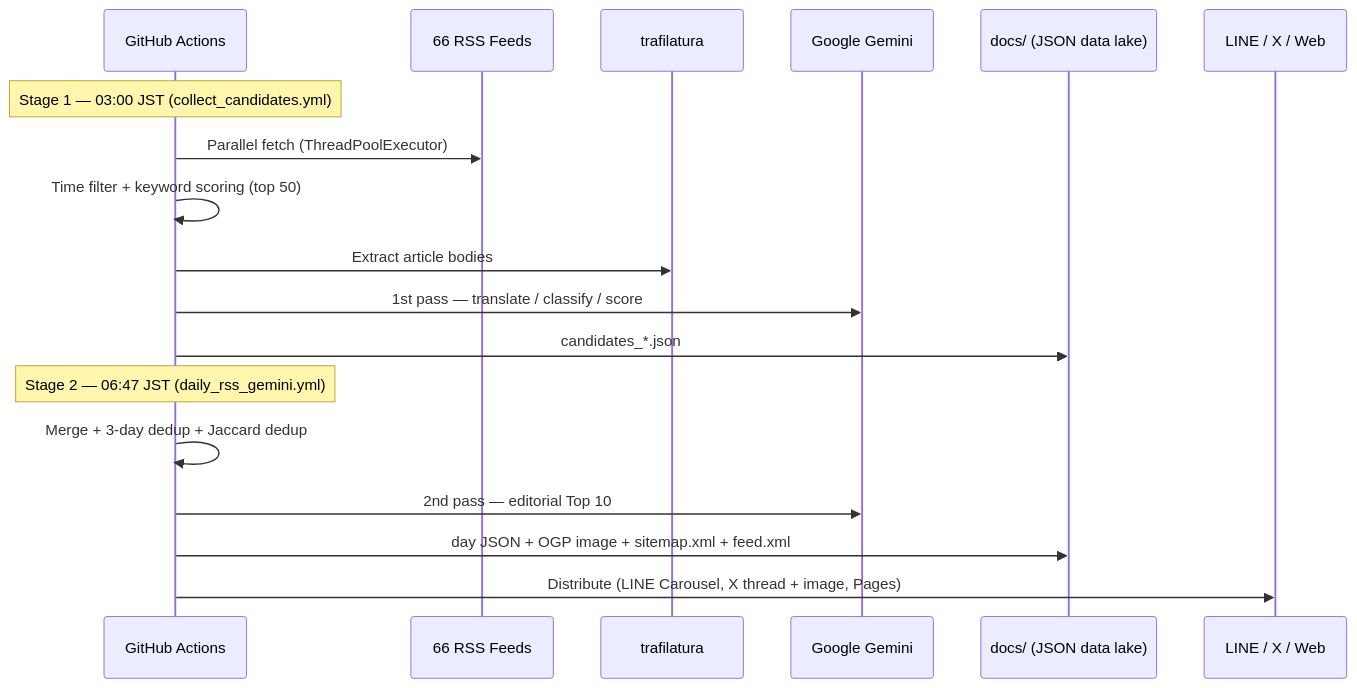
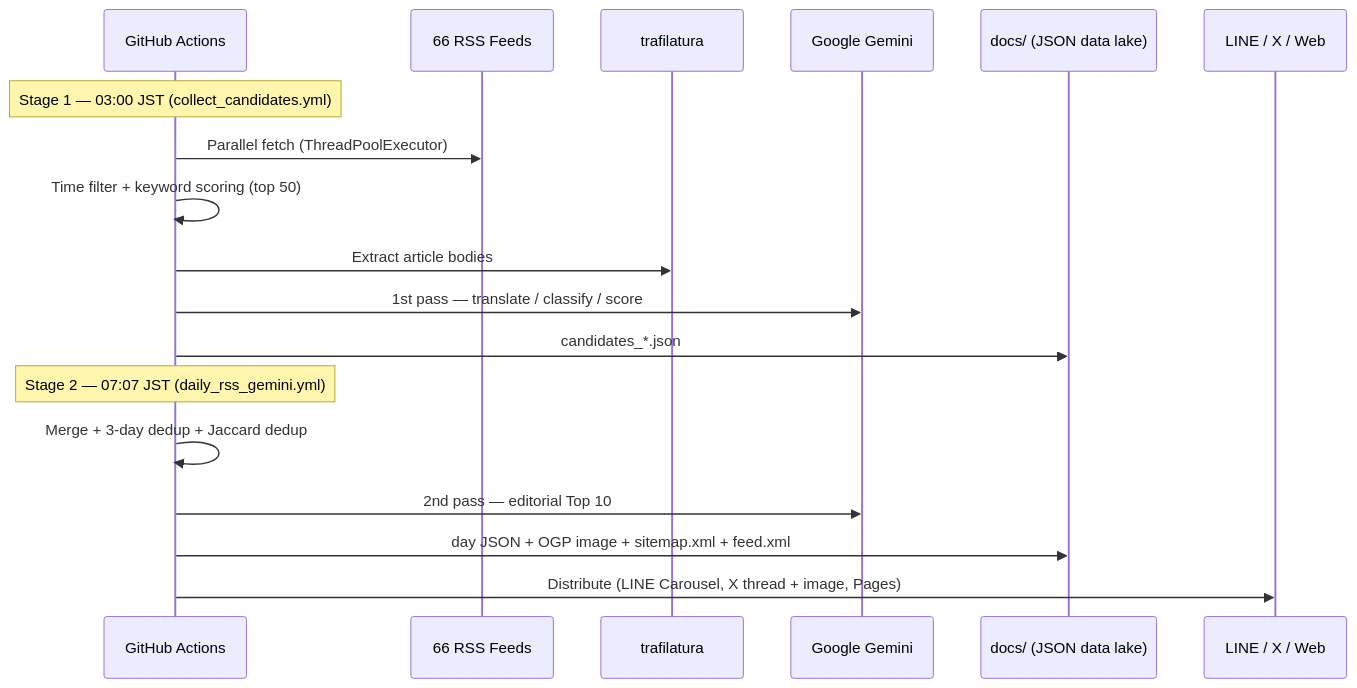
One commit to TadFuji/ai-news-bot changed the diagram in docs/ARCHITECTURE.md. Above: the diagram before and after it, drawn with Mermaid. The commit also changed 6 other files, not shown here.

Commit message:
ci: move the daily morning brief from 06:47 to 07:07 JST

````diff
--- a/docs/ARCHITECTURE.md
+++ b/docs/ARCHITECTURE.md
@@ -47,22 +47,22 @@
 ```mermaid
 sequenceDiagram
     participant GH as GitHub Actions
     participant RSS as 66 RSS Feeds
     participant TR as trafilatura
     participant GM as Google Gemini
     participant DB as docs/ (JSON data lake)
     participant SNS as LINE / X / Web
 
     Note over GH: Stage 1 — 03:00 JST (collect_candidates.yml)
     GH->>RSS: Parallel fetch (ThreadPoolExecutor)
     GH->>GH: Time filter + keyword scoring (top 50)
     GH->>TR: Extract article bodies
     GH->>GM: 1st pass — translate / classify / score
     GH->>DB: candidates_*.json
 
-    Note over GH: Stage 2 — 06:47 JST (daily_rss_gemini.yml)
+    Note over GH: Stage 2 — 07:07 JST (daily_rss_gemini.yml)
     GH->>GH: Merge + 3-day dedup + Jaccard dedup
     GH->>GM: 2nd pass — editorial Top 10
     GH->>DB: day JSON + OGP image + sitemap.xml + feed.xml
     GH->>SNS: Distribute (LINE Carousel, X thread + image, Pages)
 ```
````
